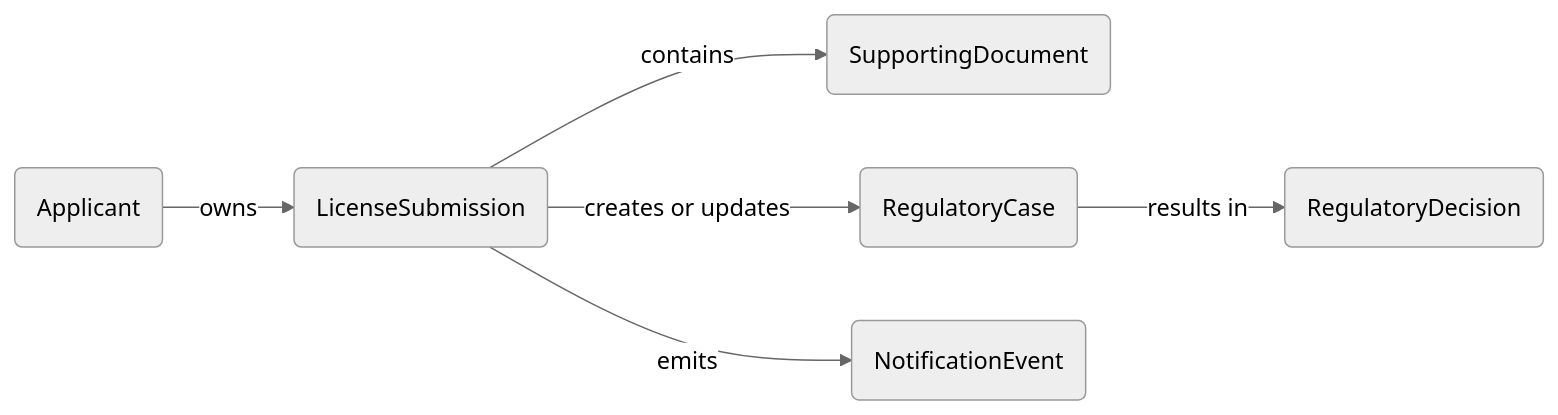
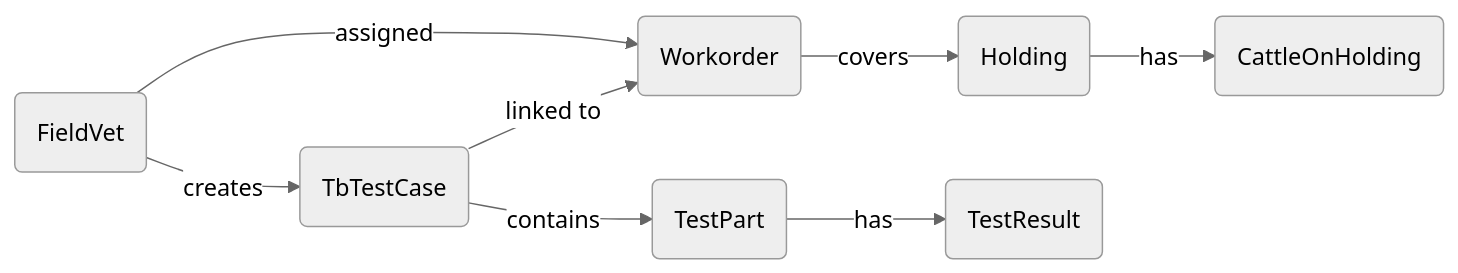
The second of 4 diagrams in technology/data-architecture/structure-view/README.md (DEFRA/cattle-vaccination-documentation), drawn with Mermaid (neutral theme) before and after one commit. The commit also changed other lines of this file and 3 other files, not shown here.

````diff
--- a/technology/data-architecture/structure-view/README.md
+++ b/technology/data-architecture/structure-view/README.md
@@ -35,15 +37,18 @@
 ```mermaid
 flowchart LR
-  ApplicantEntity(Applicant)
-  SubmissionEntity(LicenseSubmission)
-  DocumentEntity(SupportingDocument)
-  CaseEntity(RegulatoryCase)
-  DecisionEntity(RegulatoryDecision)
-  NotificationEntity(NotificationEvent)
+  Vet(FieldVet)
+  Workorder(Workorder)
+  Holding(Holding)
+  Cattle(CattleOnHolding)
+  Case(TbTestCase)
+  TestPart(TestPart)
+  TestResult(TestResult)
 
-  ApplicantEntity -->|"owns"| SubmissionEntity
-  SubmissionEntity -->|"contains"| DocumentEntity
-  SubmissionEntity -->|"creates or updates"| CaseEntity
-  CaseEntity -->|"results in"| DecisionEntity
-  SubmissionEntity -->|"emits"| NotificationEntity
+  Vet -->|"assigned"| Workorder
+  Workorder -->|"covers"| Holding
+  Holding -->|"has"| Cattle
+  Vet -->|"creates"| Case
+  Case -->|"linked to"| Workorder
+  Case -->|"contains"| TestPart
+  TestPart -->|"has"| TestResult
 ```
````
